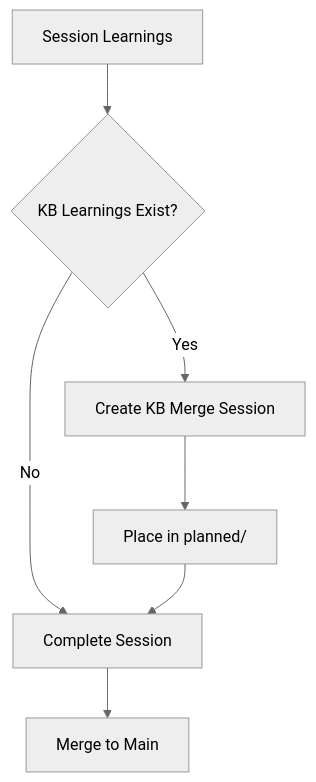
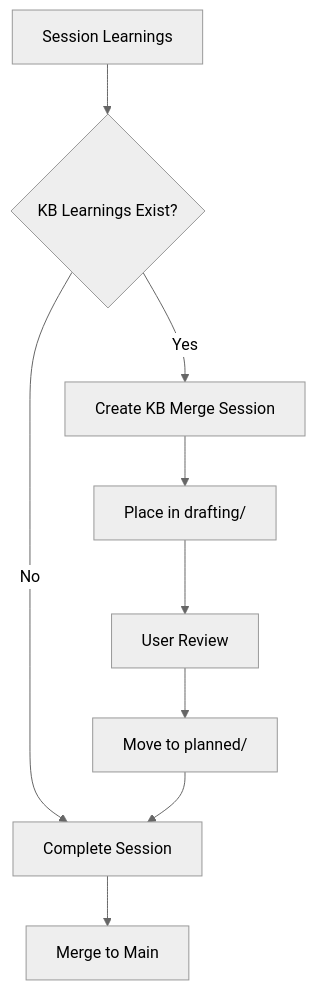
One commit to cristoslc/LLM-coding-agent-patterns changed the third of 3 diagrams in _AGENTS/sessions/SESSIONS-REFERENCE.md. Above: the diagram before and after it, drawn with Mermaid (neutral theme). The commit also changed other lines of this file and 1 other file, not shown here.

````diff
--- a/_AGENTS/sessions/SESSIONS-REFERENCE.md
+++ b/_AGENTS/sessions/SESSIONS-REFERENCE.md
@@ -395,9 +411,11 @@
 ```mermaid
 flowchart TD
     Learnings["Session Learnings"] --> Check{"KB Learnings Exist?"}
     Check -->|"Yes"| CreateKB["Create KB Merge Session"]
     Check -->|"No"| Complete["Complete Session"]
-    CreateKB --> PlacePlanned["Place in planned/"]
-    PlacePlanned --> Complete
+    CreateKB --> PlaceDrafting["Place in drafting/"]
+    PlaceDrafting --> UserReview["User Review"]
+    UserReview --> MovePlanned["Move to planned/"]
+    MovePlanned --> Complete
     Complete --> Merge["Merge to Main"]
 ```
````
